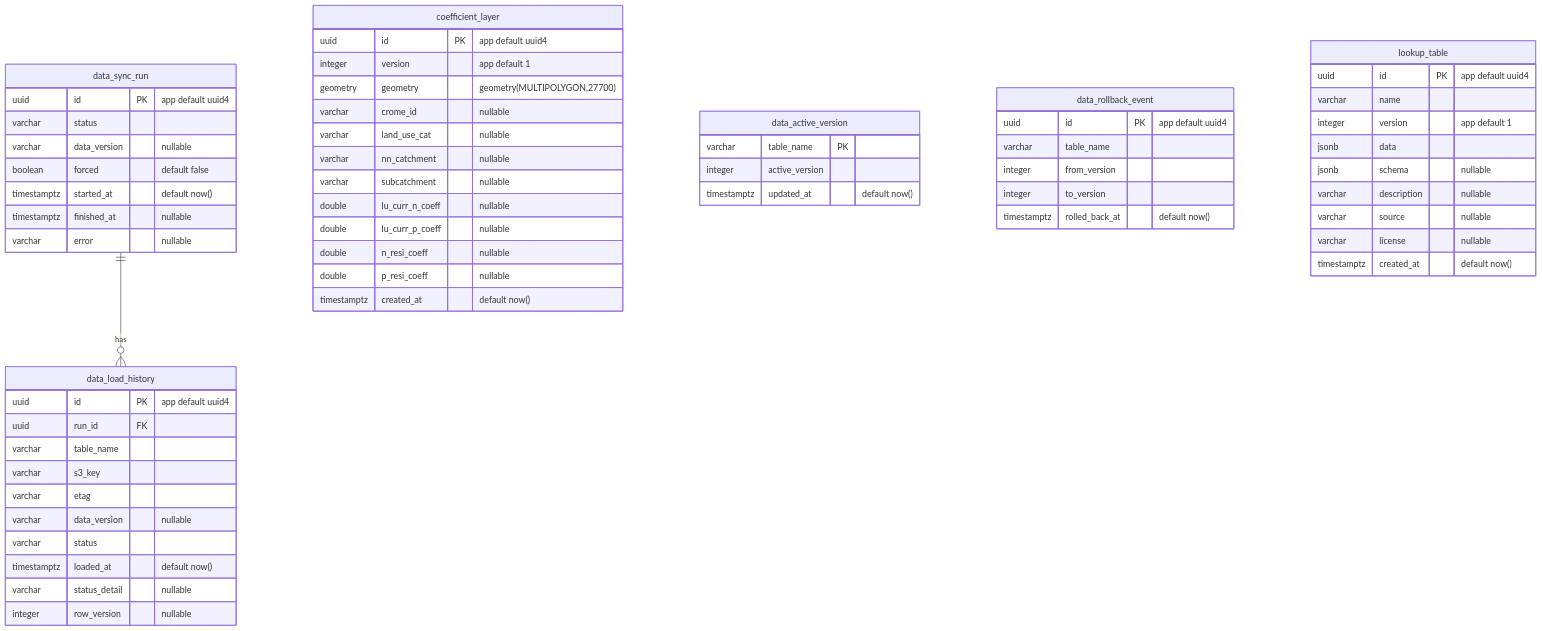
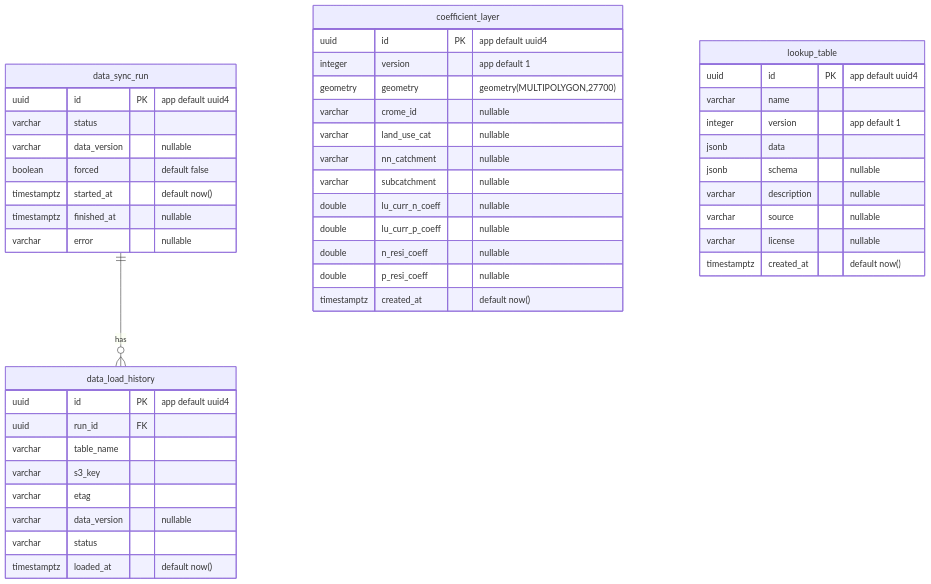
Before and after one commit to DEFRA/nrf-solution: the third of 4 diagrams in docs/database-schema.md, drawn with Mermaid. The commit also changed other lines of this file and 2 other files, not shown here.

````diff
--- a/docs/database-schema.md
+++ b/docs/database-schema.md
@@ -174,68 +174,52 @@
 ```mermaid
 erDiagram
     data_sync_run ||--o{ data_load_history : "has"
 
     coefficient_layer {
         uuid id PK "app default uuid4"
         integer version "app default 1"
         geometry geometry "geometry(MULTIPOLYGON,27700)"
         varchar crome_id "nullable"
         varchar land_use_cat "nullable"
         varchar nn_catchment "nullable"
         varchar subcatchment "nullable"
         double lu_curr_n_coeff "nullable"
         double lu_curr_p_coeff "nullable"
         double n_resi_coeff "nullable"
         double p_resi_coeff "nullable"
         timestamptz created_at "default now()"
     }
 
-    data_active_version {
-        varchar table_name PK
-        integer active_version
-        timestamptz updated_at "default now()"
-    }
-
     data_load_history {
         uuid id PK "app default uuid4"
         uuid run_id FK
         varchar table_name
         varchar s3_key
         varchar etag
         varchar data_version "nullable"
         varchar status
         timestamptz loaded_at "default now()"
-        varchar status_detail "nullable"
-        integer row_version "nullable"
-    }
-
-    data_rollback_event {
-        uuid id PK "app default uuid4"
-        varchar table_name
-        integer from_version
-        integer to_version
-        timestamptz rolled_back_at "default now()"
     }
 
     data_sync_run {
         uuid id PK "app default uuid4"
         varchar status
         varchar data_version "nullable"
         boolean forced "default false"
         timestamptz started_at "default now()"
         timestamptz finished_at "nullable"
         varchar error "nullable"
     }
 
     lookup_table {
         uuid id PK "app default uuid4"
         varchar name
         integer version "app default 1"
         jsonb data
         jsonb schema "nullable"
         varchar description "nullable"
         varchar source "nullable"
         varchar license "nullable"
         timestamptz created_at "default now()"
     }
 ```
````
